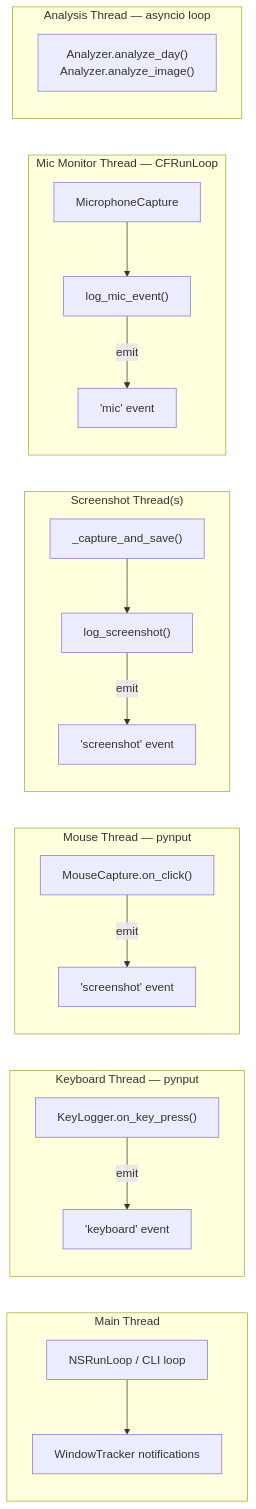
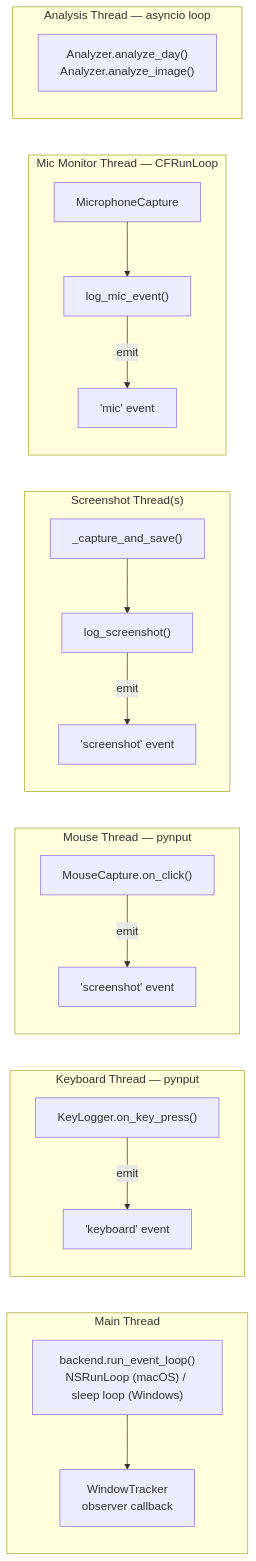
The second of 3 diagrams in docs/specs/architecture.md (daibor/opencapture), drawn with Mermaid before and after one commit. The commit also changed other lines of this file and 4 other files, not shown here.

````diff
--- a/docs/specs/architecture.md
+++ b/docs/specs/architecture.md
@@ -131,34 +153,34 @@
 ```mermaid
 graph LR
     subgraph "Main Thread"
-        RL["NSRunLoop / CLI loop"]
-        WT["WindowTracker notifications"]
+        RL["backend.run_event_loop()<br/>NSRunLoop (macOS) / sleep loop (Windows)"]
+        WT["WindowTracker<br/>observer callback"]
         RL --> WT
     end
 
     subgraph "Keyboard Thread — pynput"
         KP["KeyLogger.on_key_press()"]
         KP -->|emit| KB_EVT["'keyboard' event"]
     end
 
     subgraph "Mouse Thread — pynput"
         MC["MouseCapture.on_click()"]
         MC -->|emit| SS_EVT["'screenshot' event"]
     end
 
     subgraph "Screenshot Thread(s)"
         CS["_capture_and_save()"]
         CS --> LS["log_screenshot()"]
         LS -->|emit| SS_EVT2["'screenshot' event"]
     end
 
     subgraph "Mic Monitor Thread — CFRunLoop"
         MIC["MicrophoneCapture"]
         MIC --> LM["log_mic_event()"]
         LM -->|emit| MIC_EVT["'mic' event"]
     end
 
     subgraph "Analysis Thread — asyncio loop"
         AN["Analyzer.analyze_day()<br/>Analyzer.analyze_image()"]
     end
 ```
````
